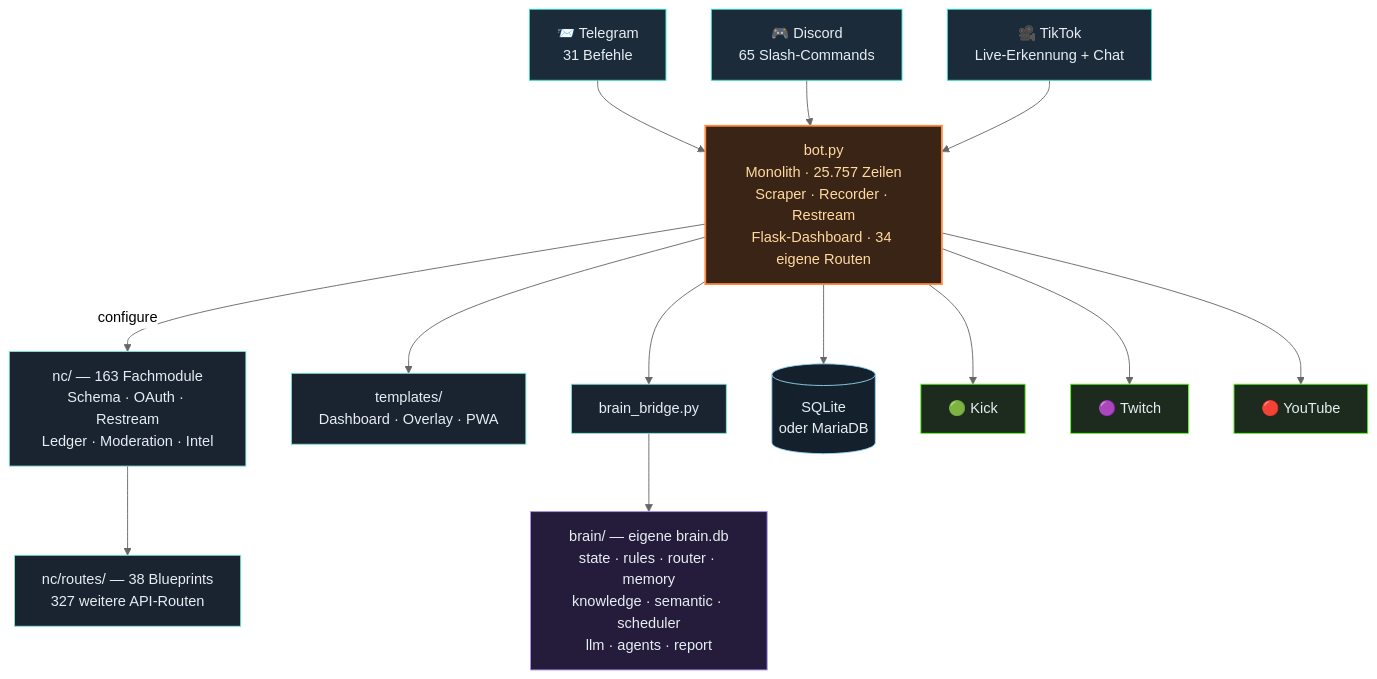
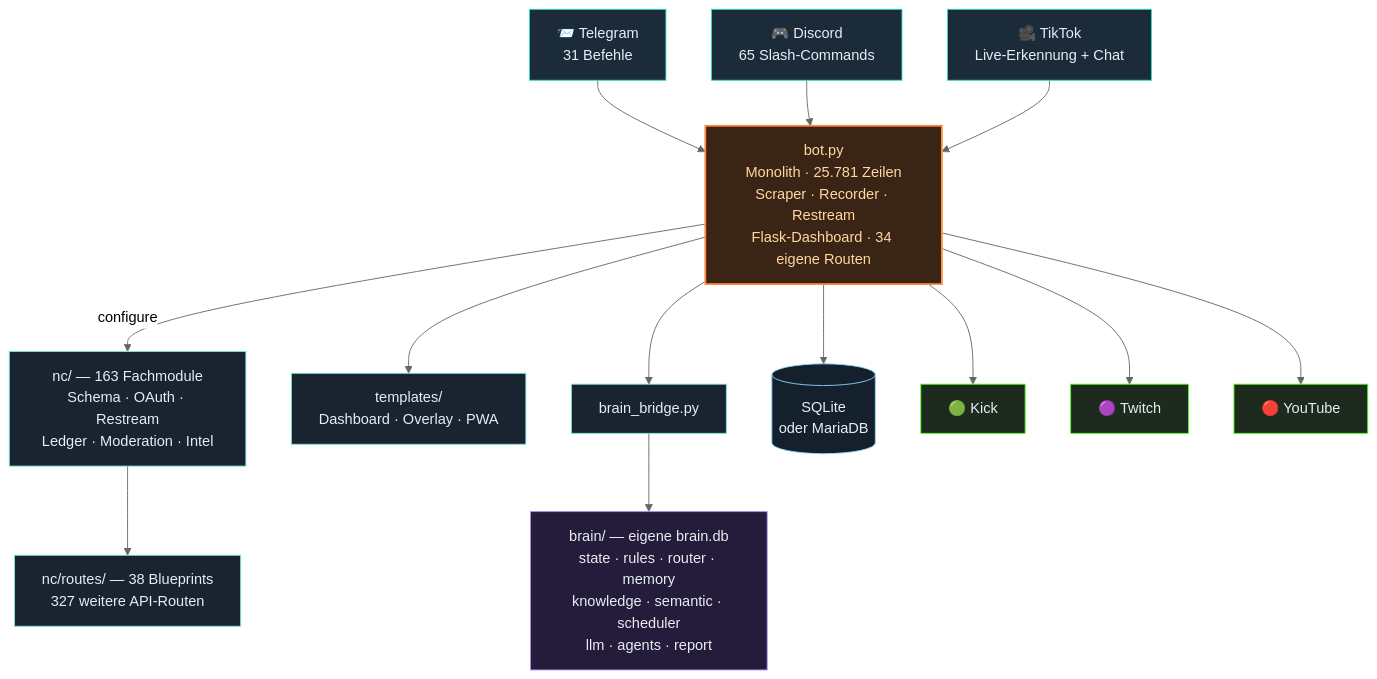
The third of 4 diagrams in README.md (itsamemedev/Telegram-Stream-Info-Bot), drawn with Mermaid (neutral theme) before and after one commit. The commit also changed other lines of this file and 10 other files, not shown here.

````diff
--- a/README.md
+++ b/README.md
@@ -189,30 +189,30 @@
 ```mermaid
 flowchart TB
     TG["📨 Telegram<br/>31 Befehle"]:::ein
     DC["🎮 Discord<br/>65 Slash-Commands"]:::ein
     TT["🎥 TikTok<br/>Live-Erkennung + Chat"]:::ein
 
     TG --> BOT
     DC --> BOT
     TT --> BOT
 
-    BOT["bot.py<br/>Monolith · 25.757 Zeilen<br/>Scraper · Recorder · Restream<br/>Flask-Dashboard · 34 eigene Routen"]:::core
+    BOT["bot.py<br/>Monolith · 25.781 Zeilen<br/>Scraper · Recorder · Restream<br/>Flask-Dashboard · 34 eigene Routen"]:::core
 
     BOT -->|configure| NC["nc/ — 163 Fachmodule<br/>Schema · OAuth · Restream<br/>Ledger · Moderation · Intel"]:::lib
     NC --> RT["nc/routes/ — 38 Blueprints<br/>327 weitere API-Routen"]:::lib
     BOT --> TPL["templates/<br/>Dashboard · Overlay · PWA"]:::lib
     BOT --> BR["brain_bridge.py"]:::lib
     BR --> BRAIN["brain/ — eigene brain.db<br/>state · rules · router · memory<br/>knowledge · semantic · scheduler<br/>llm · agents · report"]:::brain
     BOT --> DB[("SQLite<br/>oder MariaDB")]:::db
 
     BOT --> KICK["🟢 Kick"]:::out
     BOT --> TW["🟣 Twitch"]:::out
     BOT --> YT["🔴 YouTube"]:::out
 
     classDef ein fill:#1c2b3a,stroke:#2de1c2,color:#e6edf3
     classDef core fill:#3a2415,stroke:#ff8c42,stroke-width:2px,color:#ffd9a0
     classDef lib fill:#1a2430,stroke:#7fe7d4,color:#e6edf3
     classDef brain fill:#241c3a,stroke:#a78bfa,color:#e6edf3
     classDef db fill:#14202c,stroke:#8fd3f4,color:#e6edf3
     classDef out fill:#1c2b1e,stroke:#53fc18,color:#e6edf3
 ```
````
